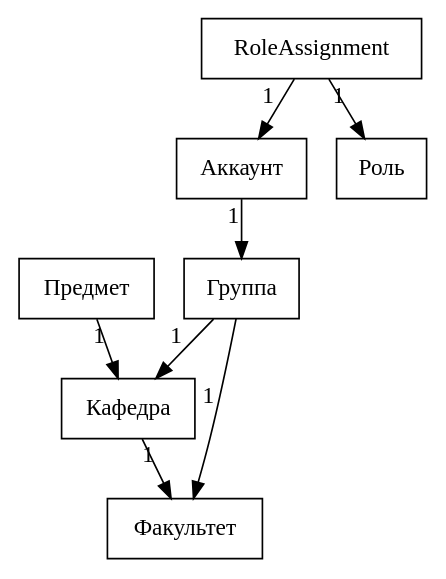
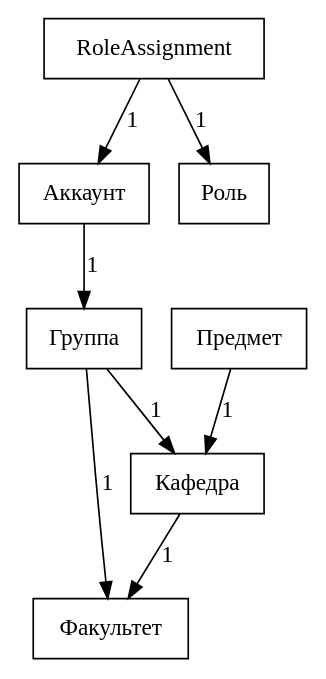
The diagram in graph.dot (NetCrackerO2/ScheduleProject), drawn with Graphviz before and after one commit. The commit also changed 1 other file, not shown here.

Commit message:
Graph update

```diff
--- a/graph.dot
+++ b/graph.dot
@@ -1,14 +1,14 @@
 digraph G {
 	node [shape="box"];
 	{
-		edge[xlabel="n",];
+		edge[label="n",];
 	}
 	{
-		edge[xlabel="1"];
+		edge[label="1"];
 		Кафедра->Факультет;
 		Группа->{Факультет,Кафедра};
 		Аккаунт->Группа;
 		RoleAssignment->{Аккаунт,Роль};
 		Предмет->Кафедра;
 	}
 }
```
